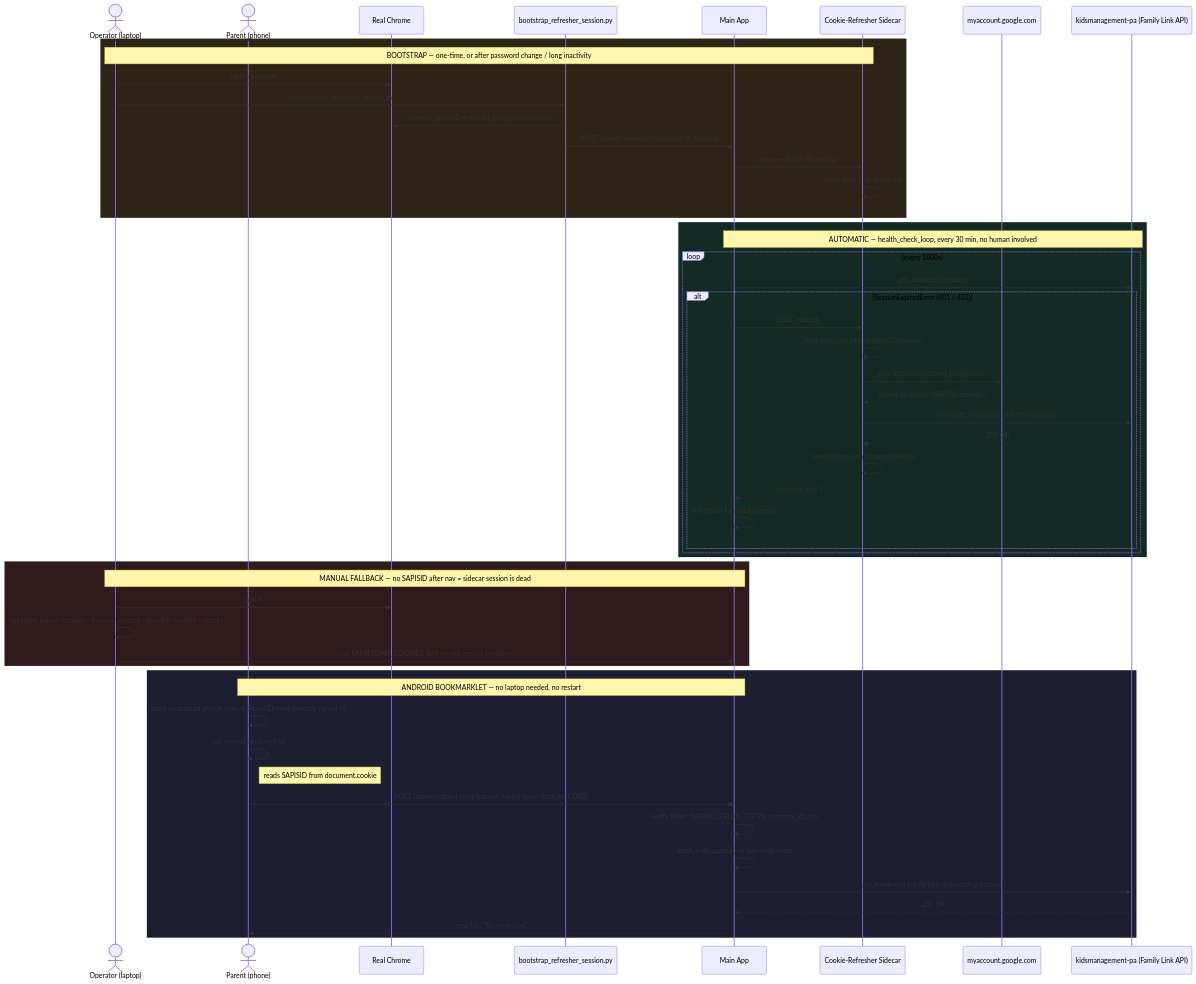
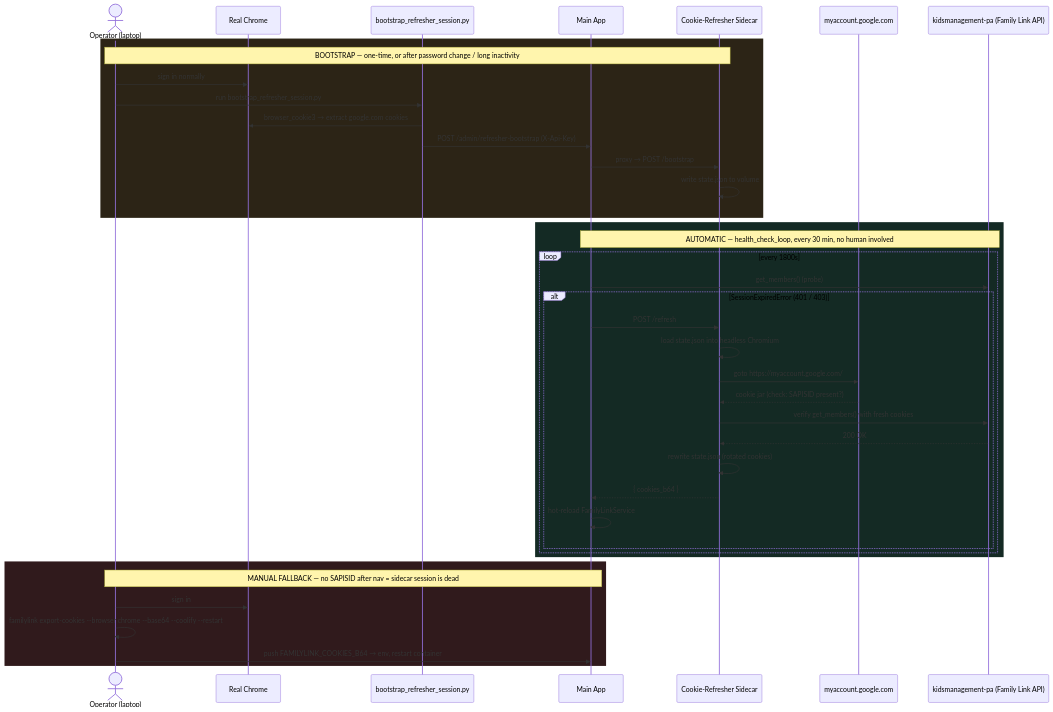
One commit to radamhu/familylink-client changed the diagram in README.md. Above: the diagram before and after it, drawn with Mermaid. The commit also changed other lines of this file and 7 other files, not shown here.

First line of the commit message:
feat: decommission Android bookmarklet SAPISID relay

````diff
--- a/README.md
+++ b/README.md
@@ -534,59 +513,45 @@
 ```mermaid
 sequenceDiagram
     actor Op as Operator (laptop)
-    actor Parent as Parent (phone)
     participant Chrome as Real Chrome
     participant Script as bootstrap_refresher_session.py
     participant Main as Main App
     participant Side as Cookie-Refresher Sidecar
     participant GA as myaccount.google.com
     participant FL as kidsmanagement-pa (Family Link API)
 
     rect rgb(44,36,22)
     Note over Op,Side: BOOTSTRAP — one-time, or after password change / long inactivity
     Op->>Chrome: sign in normally
     Op->>Script: run bootstrap_refresher_session.py
     Script->>Chrome: browser_cookie3 → extract google.com cookies
     Script->>Main: POST /admin/refresher-bootstrap  (X-Api-Key)
     Main->>Side: proxy → POST /bootstrap
     Side->>Side: write state.json to volume
     end
 
     rect rgb(20,42,36)
     Note over Main,FL: AUTOMATIC — health_check_loop, every 30 min, no human involved
     loop every 1800s
         Main->>FL: get_members()  (probe)
         alt SessionExpiredError (401 / 403)
             Main->>Side: POST /refresh
             Side->>Side: load state.json into headless Chromium
             Side->>GA: goto https://myaccount.google.com/
             GA-->>Side: cookie jar (check: SAPISID present?)
             Side->>FL: verify get_members() with fresh cookies
             FL-->>Side: 200 OK
             Side->>Side: rewrite state.json (rotated cookies)
             Side-->>Main: { cookies_b64 }
             Main->>Main: hot-reload FamilyLinkService
         end
     end
     end
 
     rect rgb(48,26,28)
     Note over Op,Main: MANUAL FALLBACK — no SAPISID after nav = sidecar session is dead
     Op->>Chrome: sign in
     Op->>Op: familylink export-cookies --browser chrome --base64 --coolify --restart
     Op->>Main: push FAMILYLINK_COOKIES_B64 → env, restart container
     end
-
-    rect rgb(30,30,50)
-    Note over Parent,Main: ANDROID BOOKMARKLET — no laptop needed, no restart
-    Parent->>Parent: open myaccount.google.com in phone Chrome (already signed in)
-    Parent->>Parent: tap synced bookmarklet
-    Note right of Parent: reads SAPISID from document.cookie
-    Parent->>Main: POST /admin/sapisid-relay (sapisid, token)  [plain form, no CORS]
-    Main->>Main: verify token (SAPISID_RELAY_TOKEN, compare_digest)
-    Main->>Main: reinit_with_sapisid() → hot-swap client
-    Main->>FL: get_members() (verify before reporting success)
-    FL-->>Main: 200 OK
-    Main-->>Parent: new tab: "Reconnected."
-    end
 ```
````
